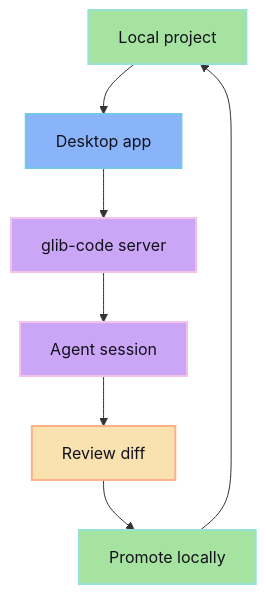
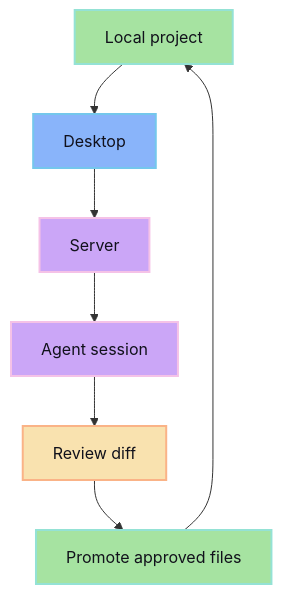
Before and after one commit to cloudboy-jh/glib-code-docs: the diagram in src/content/docs/surfaces/desktop.md, drawn with Mermaid. The commit also changed other lines of this file and 18 other files, not shown here.

Commit message:
Rebuild docs IA and diagrams

````diff
--- a/src/content/docs/surfaces/desktop.md
+++ b/src/content/docs/surfaces/desktop.md
@@ -16,19 +14,19 @@
 ```mermaid
 flowchart TD
-  Local["Local project"] --> Desktop["Desktop app"]
-  Desktop --> Server["glib-code server"]
+  Local["Local project"] --> Desktop["Desktop"]
+  Desktop --> Server["Server"]
   Server --> Session["Agent session"]
   Session --> Diff["Review diff"]
-  Diff --> Promote["Promote locally"]
+  Diff --> Promote["Promote approved files"]
   Promote --> Local
 
   classDef local fill:#a6e3a1,stroke:#94e2d5,color:#11111b,stroke-width:2px
   classDef app fill:#89b4fa,stroke:#74c7ec,color:#11111b,stroke-width:2px
   classDef core fill:#cba6f7,stroke:#f5c2e7,color:#11111b,stroke-width:2px
   classDef review fill:#f9e2af,stroke:#fab387,color:#11111b,stroke-width:2px
 
   class Local,Promote local
   class Desktop app
   class Server,Session core
   class Diff review
 ```
````
